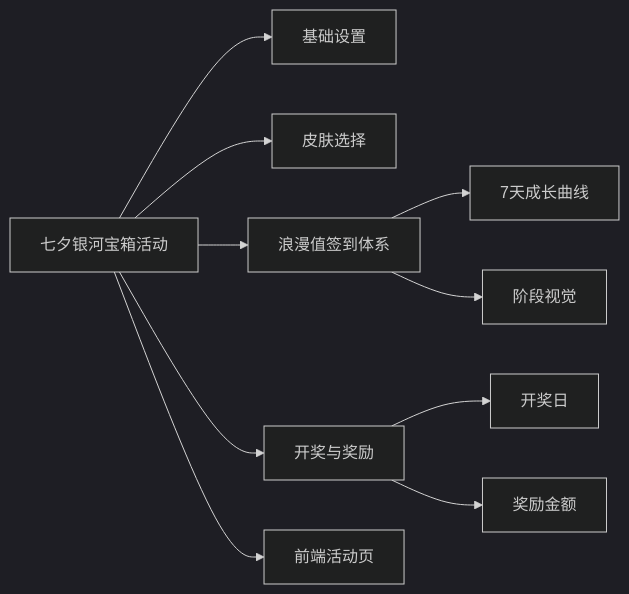
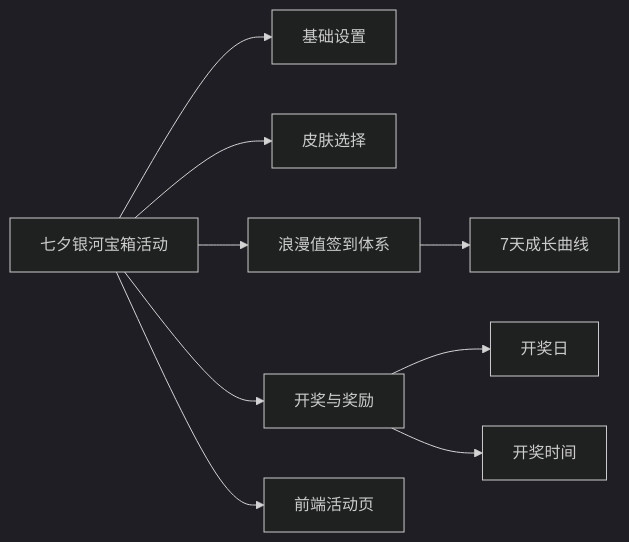
Before and after one commit to bala-luoluo/M3: the fourth of 4 diagrams in PRD_qixi_galaxy_box_activity_2026-07-31.md, drawn with Mermaid (dark theme). The commit also changed other lines of this file and 1 other file, not shown here.

````diff
--- a/PRD_qixi_galaxy_box_activity_2026-07-31.md
+++ b/PRD_qixi_galaxy_box_activity_2026-07-31.md
@@ -225,13 +199,12 @@
 ```mermaid
 flowchart LR
     A[七夕银河宝箱活动] --> B[基础设置]
     A --> C[皮肤选择]
     A --> D[浪漫值签到体系]
     A --> E[开奖与奖励]
     A --> F[前端活动页]
 
     D --> D1[7天成长曲线]
-    D --> D2[阶段视觉]
     E --> E1[开奖日]
-    E --> E2[奖励金额]
+    E --> E2[开奖时间]
 ```
````
